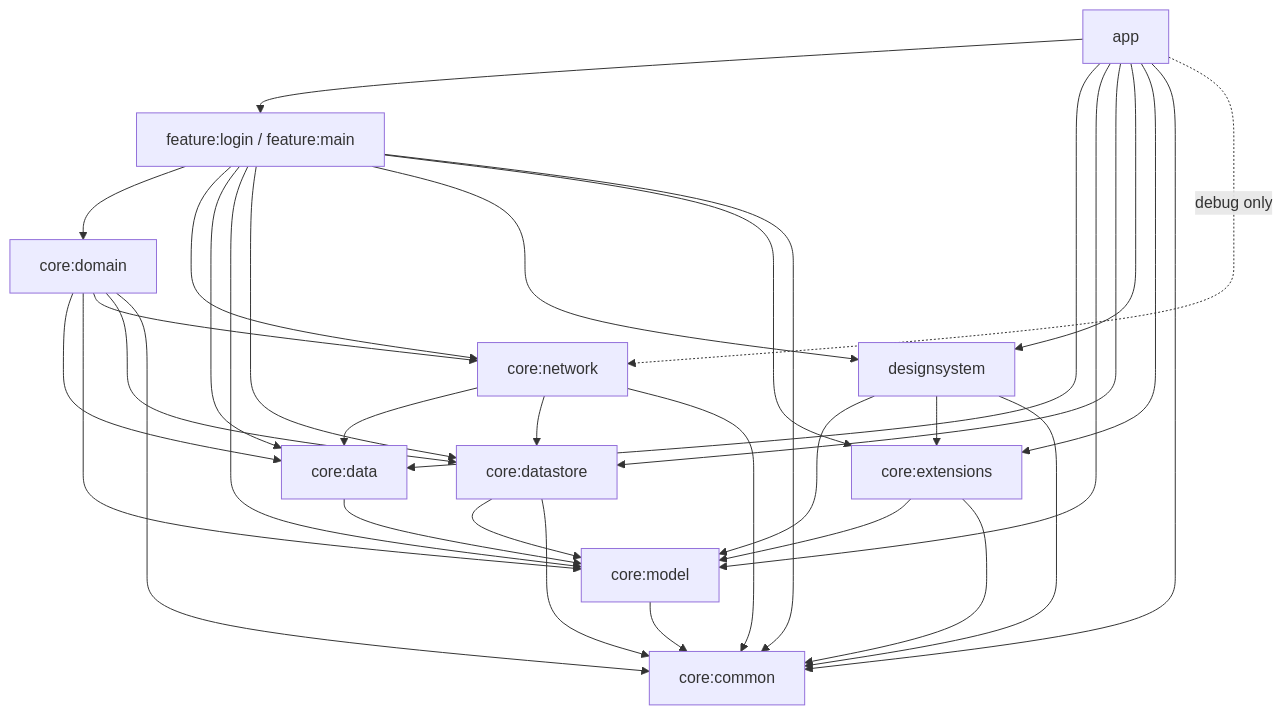
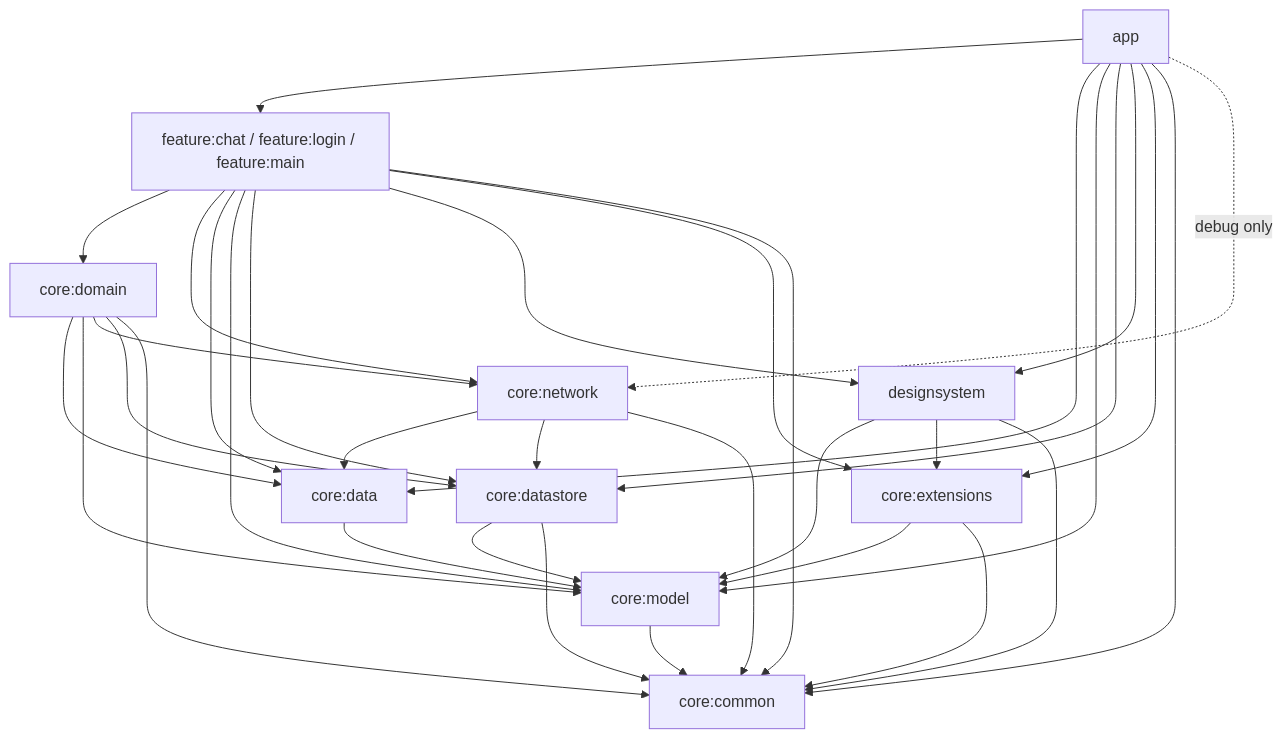
The first of 2 diagrams in README.md (IvanReyhan22/Jetpack-Compose-MVVM-Skeleton), drawn with Mermaid before and after one commit. The commit also changed other lines of this file and 69 other files, not shown here.

First line of the commit message:
feat(chat): add Hermes chat as app launch screen

````diff
--- a/README.md
+++ b/README.md
@@ -79,14 +101,14 @@
 ```mermaid
 flowchart TD
-    APP[app] --> FEATURES[feature:login / feature:main]
+    APP[app] --> FEATURES[feature:chat / feature:login / feature:main]
     APP --> DATA[core:data] & MODEL[core:model] & STORE[core:datastore] & DS[designsystem] & EXT[core:extensions] & COMMON[core:common]
     APP -. debug only .-> NETWORK[core:network]
     FEATURES --> DOMAIN[core:domain] & NETWORK & DATA & MODEL & STORE & DS & EXT & COMMON
     DOMAIN --> DATA & MODEL & NETWORK & STORE & COMMON
     NETWORK --> DATA & STORE & COMMON
     STORE --> MODEL & COMMON
     DS --> MODEL & EXT & COMMON
     EXT --> MODEL & COMMON
     DATA --> MODEL
     MODEL --> COMMON
 ```
````
